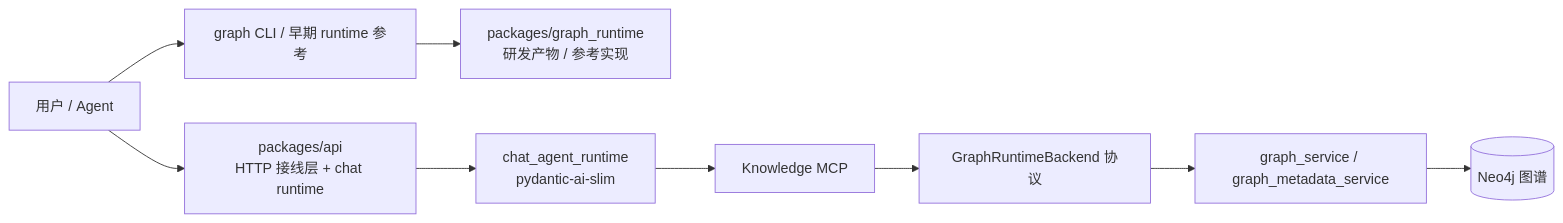
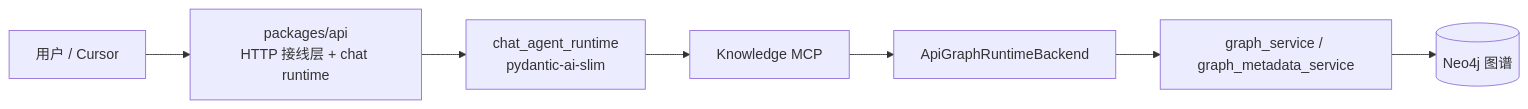
One commit to ticoAg/BaiCao changed the second of 3 diagrams in docs/architecture/knowledge-model-and-ingestion.md. Above: the diagram before and after it, drawn with Mermaid. The commit also changed other lines of this file and 84 other files, not shown here.

````diff
--- a/docs/architecture/knowledge-model-and-ingestion.md
+++ b/docs/architecture/knowledge-model-and-ingestion.md
@@ -155,11 +154,9 @@
 ```mermaid
 flowchart LR
-    User[用户 / Agent] --> CLI[graph CLI / 早期 runtime 参考]
-    User --> API[packages/api<br/>HTTP 接线层 + chat runtime]
-    CLI --> LegacyRuntime[packages/graph_runtime<br/>研发产物 / 参考实现]
+    User[用户 / Cursor] --> API[packages/api<br/>HTTP 接线层 + chat runtime]
     API --> Runtime[chat_agent_runtime<br/>pydantic-ai-slim]
     Runtime --> Mcp[Knowledge MCP]
-    Mcp --> Backend[GraphRuntimeBackend 协议]
+    Mcp --> Backend[ApiGraphRuntimeBackend]
     Backend --> GraphService[graph_service / graph_metadata_service]
     GraphService --> Neo4j[(Neo4j 图谱)]
 ```
````
